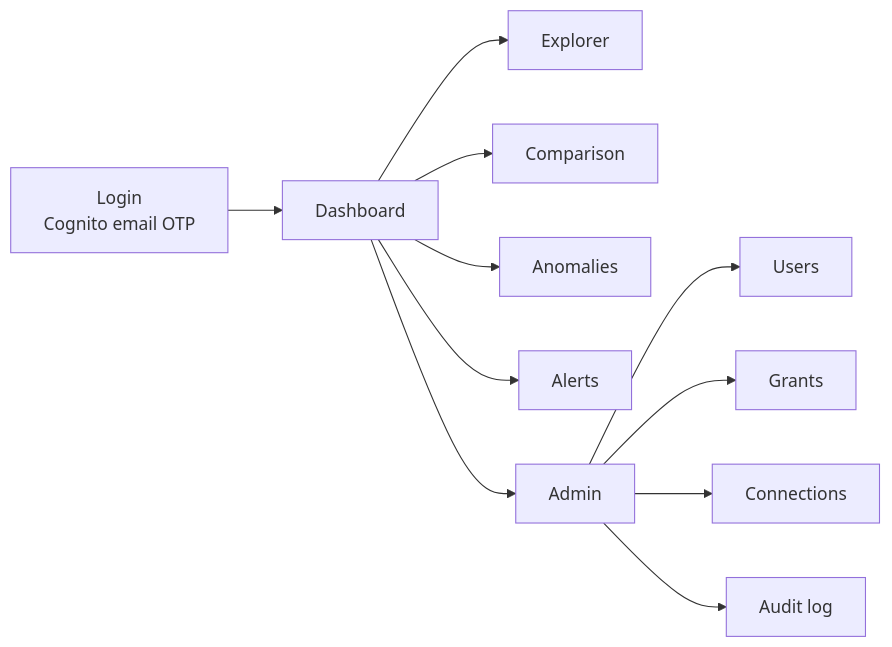
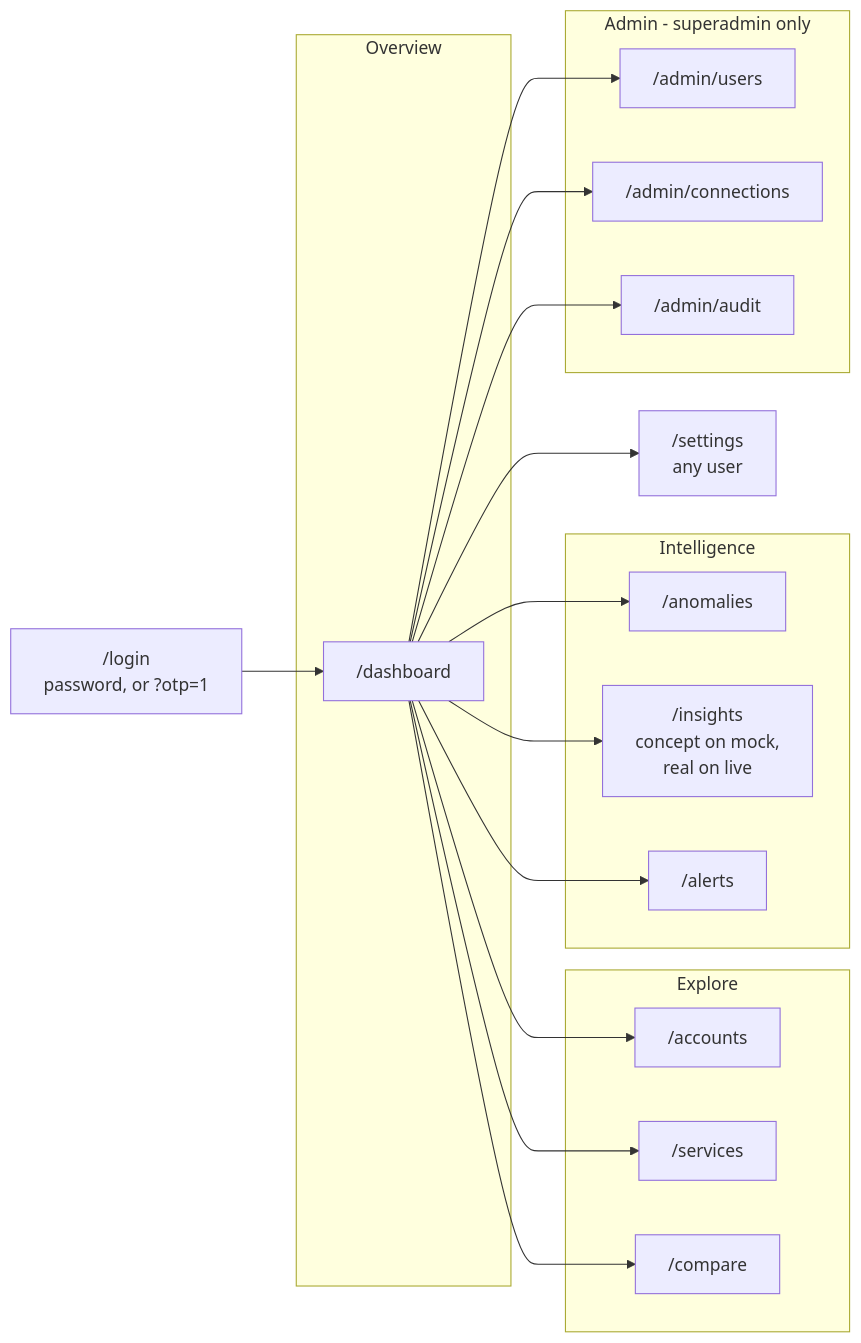
Before and after one commit to Hemanth0411/Cloud_Cost_Intelligence_Hub: the diagram in docs/06-frontend.md, drawn with Mermaid. The commit also changed other lines of this file and 15 other files, not shown here.

````diff
--- a/docs/06-frontend.md
+++ b/docs/06-frontend.md
@@ -10,13 +43,37 @@
 ```mermaid
 flowchart LR
-    L["Login<br/>Cognito email OTP"] --> D["Dashboard"]
-    D --> E["Explorer"]
-    D --> C["Comparison"]
-    D --> A["Anomalies"]
-    D --> AL["Alerts"]
-    D --> AD["Admin"]
-    AD --> AD1["Users"]
-    AD --> AD2["Grants"]
-    AD --> AD3["Connections"]
-    AD --> AD4["Audit log"]
+    L["/login<br/>password, or ?otp=1"] --> D["/dashboard"]
+
+    subgraph OV["Overview"]
+        D
+    end
+
+    subgraph EX["Explore"]
+        A["/accounts"]
+        S["/services"]
+        C["/compare"]
+    end
+
+    subgraph IN["Intelligence"]
+        AN["/anomalies"]
+        I["/insights<br/>concept on mock,<br/>real on live"]
+        AL["/alerts"]
+    end
+
+    subgraph AD["Admin - superadmin only"]
+        U["/admin/users"]
+        CN["/admin/connections"]
+        AU["/admin/audit"]
+    end
+
+    D --> A
+    D --> S
+    D --> C
+    D --> AN
+    D --> I
+    D --> AL
+    D --> U
+    D --> CN
+    D --> AU
+    D --> SE["/settings<br/>any user"]
 ```
````
